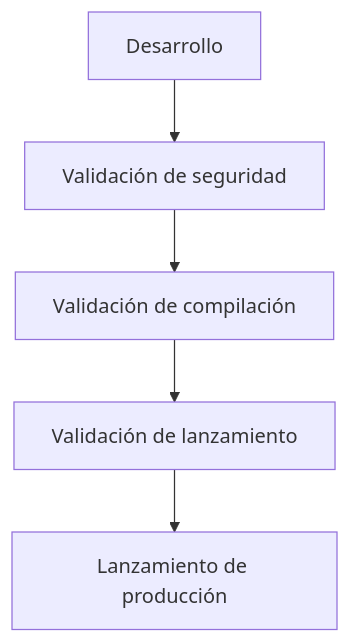
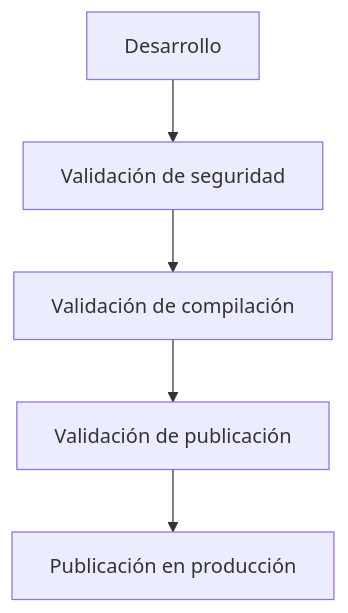
Before and after one commit to enigm-llc/docs: the diagram in es/infrastructure/secure-sdlc.mdx, drawn with Mermaid. The commit also changed other lines of this file and 41 other files, not shown here.

````diff
--- a/es/infrastructure/secure-sdlc.mdx
+++ b/es/infrastructure/secure-sdlc.mdx
@@ -22,13 +22,13 @@
 ```mermaid
 flowchart TD
   Development["Desarrollo"]
   Security["Validación de seguridad"]
-  Build["Validación de compilación"]
-  Release["Validación de lanzamiento"]
-  Production["Lanzamiento de producción"]
+  Compilación["Validación de compilación"]
+  Versión["Validación de publicación"]
+  Production["Publicación en producción"]
 
   Development --> Security
-  Security --> Build
-  Build --> Release
-  Release --> Production
+  Security --> Compilación
+  Compilación --> Versión
+  Versión --> Production
 ```
````
